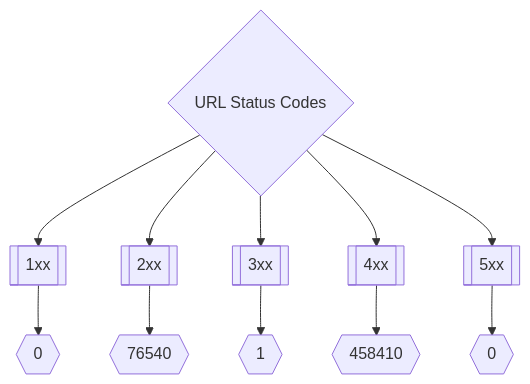
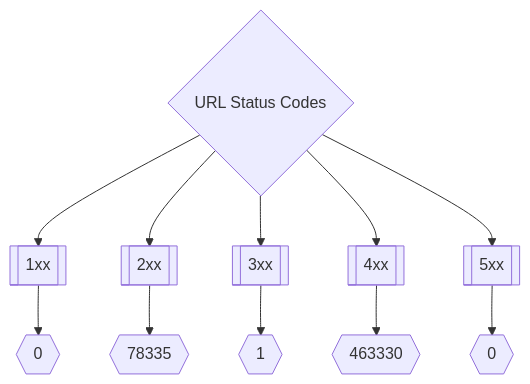
The second of 3 diagrams in README.md (trickest/inventory), drawn with Mermaid before and after one commit. The commit also changed other lines of this file, not shown here.

Commit message:
Update README.md Tue May 24 14:12:18 UTC 2022

````diff
--- a/README.md
+++ b/README.md
@@ -173,8 +173,8 @@
 ```mermaid
 graph TD
 title{URL Status Codes} --> 1xx[[1xx]] --> status1xxNum{{0}}
-title --> 2xx[[2xx]] --> status2xxNum{{76540}}
+title --> 2xx[[2xx]] --> status2xxNum{{78335}}
 title --> 3xx[[3xx]] --> status3xxNum{{1}}
-title --> 4xx[[4xx]] --> status4xxNum{{458410}}
+title --> 4xx[[4xx]] --> status4xxNum{{463330}}
 title --> 5xx[[5xx]] --> status5xxNum{{0}}
 ```
````
